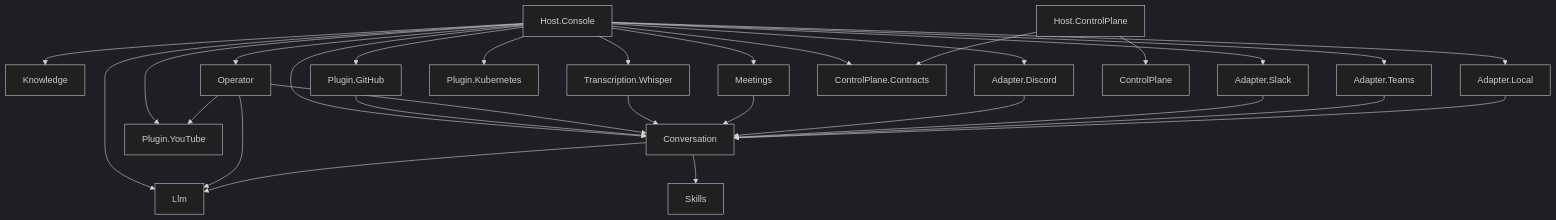
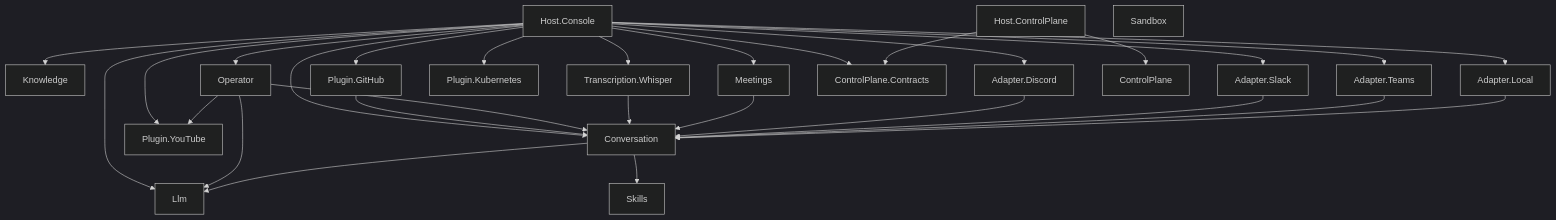
The diagram in vault/pages/architecture/project-map.md (vitorafgomes/scout), drawn with Mermaid (dark theme) before and after one commit. The commit also changed other lines of this file and 19 other files, not shown here.

````diff
--- a/vault/pages/architecture/project-map.md
+++ b/vault/pages/architecture/project-map.md
@@ -43,31 +44,32 @@
 ```mermaid
 flowchart TD
     HC[Host.Console] --> Llm
     HC --> Conversation
     HC --> Knowledge
     HC --> Discord[Adapter.Discord]
     HC --> Slack[Adapter.Slack]
     HC --> Teams[Adapter.Teams]
     HC --> Local[Adapter.Local]
     HC --> GH[Plugin.GitHub]
     GH --> Conversation
     HC --> K8S[Plugin.Kubernetes]
     HC --> YT[Plugin.YouTube]
     HC --> Op[Operator]
     Op --> Llm
     Op --> Conversation
     Op --> YT
     HC --> Whisper[Transcription.Whisper]
     HC --> Contracts[ControlPlane.Contracts]
     Whisper --> Conversation
     HC --> Meetings
     Meetings --> Conversation
     Conversation --> Llm
     Conversation --> Skills
     Discord --> Conversation
     Slack --> Conversation
     Teams --> Conversation
     Local --> Conversation
     HCP[Host.ControlPlane] --> Contracts[ControlPlane.Contracts]
     HCP --> CP[ControlPlane]
+    SB[Sandbox]
 ```
````
